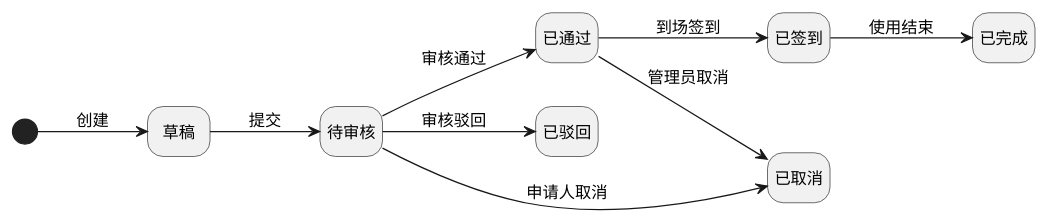
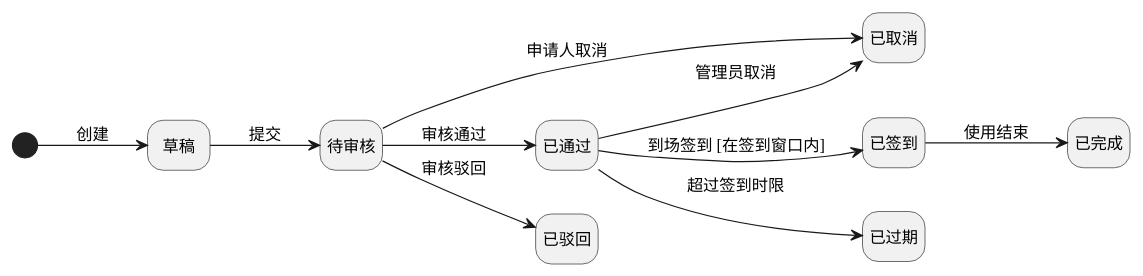
Before and after one commit to bhadaljf/32406300118: the diagram in diagrams/03_预约申请状态图.puml, drawn with PlantUML. The commit also changed 4 other files, not shown here.

```diff
--- a/diagrams/03_预约申请状态图.puml
+++ b/diagrams/03_预约申请状态图.puml
@@ -1,17 +1,18 @@
 @startuml
 skinparam monochrome true
 skinparam shadowing false
 skinparam defaultFontName "Microsoft YaHei"
 skinparam defaultFontSize 13
 hide empty description
 left to right direction
 
 [*] --> 草稿 : 创建
 草稿 --> 待审核 : 提交
 待审核 --> 已通过 : 审核通过
 待审核 --> 已驳回 : 审核驳回
 待审核 --> 已取消 : 申请人取消
-已通过 --> 已签到 : 到场签到
+已通过 --> 已签到 : 到场签到 [在签到窗口内]
+已通过 --> 已过期 : 超过签到时限
 已通过 --> 已取消 : 管理员取消
 已签到 --> 已完成 : 使用结束
 @enduml
```
